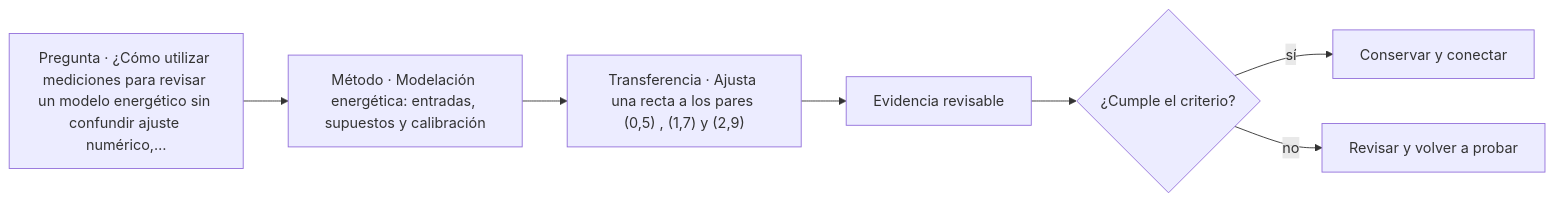
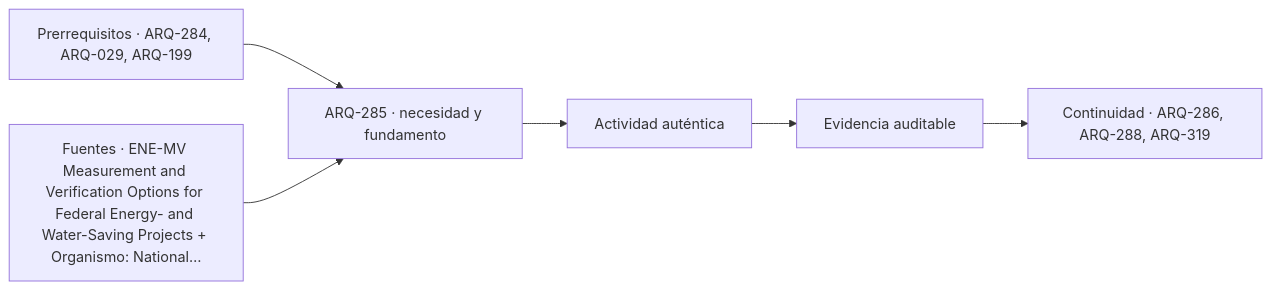
The diagram in classes/parte-29/ARQ-285.md (vladimiracunadev-create/architecture-built-environment-learning-program), drawn with Mermaid before and after one commit. The commit also changed other lines of this file and 761 other files, not shown here.

````diff
--- a/classes/parte-29/ARQ-285.md
+++ b/classes/parte-29/ARQ-285.md
@@ -115,9 +127,8 @@
 ```mermaid
 flowchart LR
-    Q["Pregunta · ¿Cómo utilizar mediciones para revisar un modelo energético sin confundir ajuste numérico,…"] --> M["Método · Modelación energética: entradas, supuestos y calibración"]
-    M --> P["Transferencia · Ajusta una recta a los pares (0,5) , (1,7) y (2,9)"]
-    P --> E["Evidencia revisable"]
-    E --> C{"¿Cumple el criterio?"}
-    C -->|sí| T["Conservar y conectar"]
-    C -->|no| R["Revisar y volver a probar"]
+    A["Prerrequisitos · ARQ-284, ARQ-029, ARQ-199"] --> B["ARQ-285 · necesidad y fundamento"]
+    S["Fuentes · ENE-MV Measurement and Verification Options for Federal Energy- and Water-Saving Projects + Organismo: National…"] --> B
+    B --> C["Actividad auténtica"]
+    C --> D["Evidencia auditable"]
+    D --> E["Continuidad · ARQ-286, ARQ-288, ARQ-319"]
 ```
````
